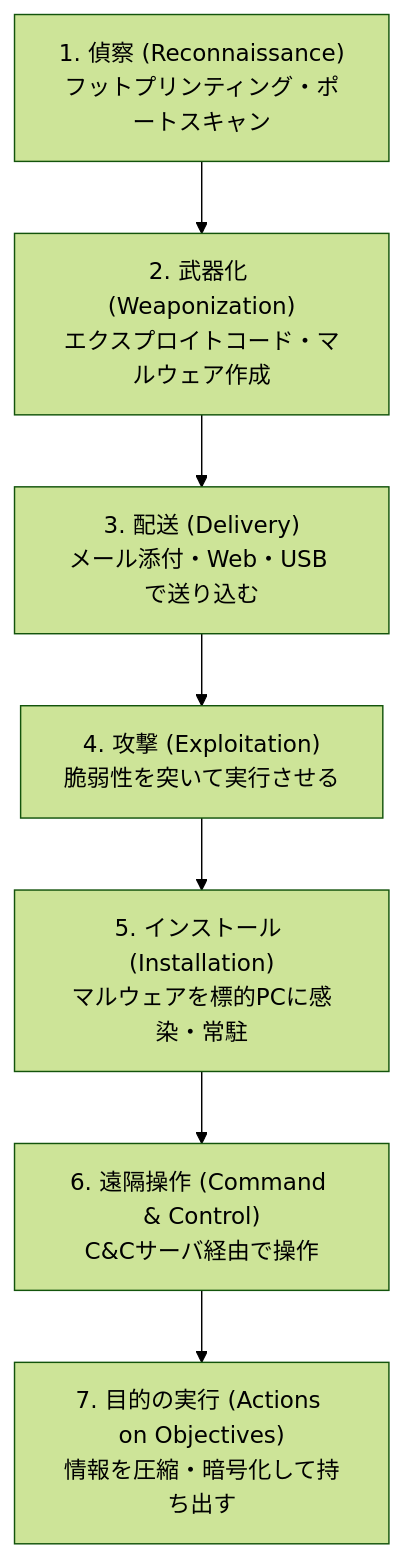
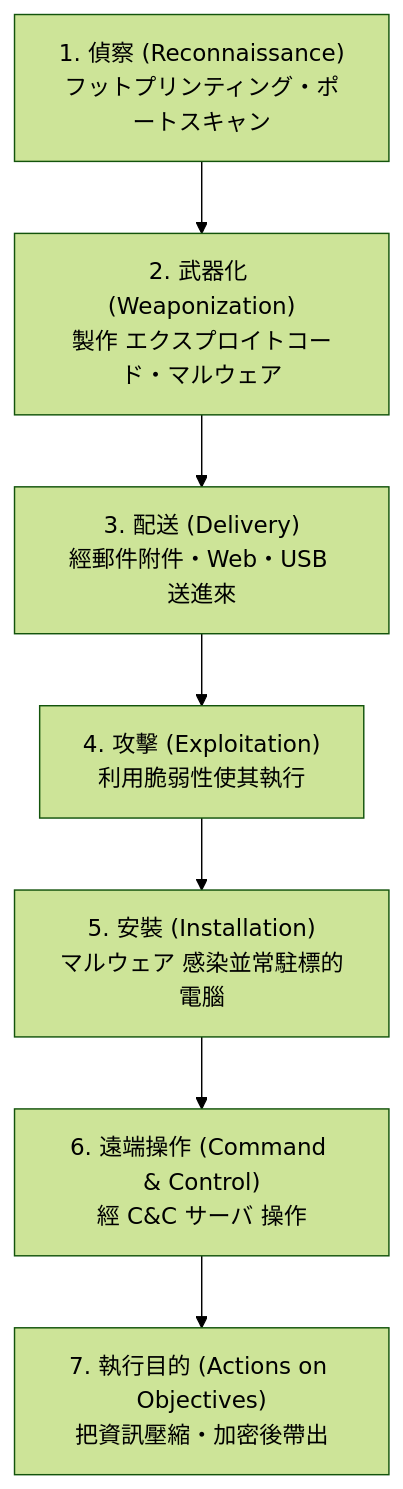
One commit to hakudevtw/cert_jp_sg changed the diagram in sg-vocab/ch1-サイバー攻撃手法/1-4-不正アクセス・盗聴.md. Above: the diagram before and after it, drawn with Mermaid (forest theme). The commit also changed other lines of this file and 29 other files, not shown here.

````diff
--- a/sg-vocab/ch1-サイバー攻撃手法/1-4-不正アクセス・盗聴.md
+++ b/sg-vocab/ch1-サイバー攻撃手法/1-4-不正アクセス・盗聴.md
@@ -80,9 +192,9 @@
 ```mermaid
 graph TD
-  A["1. 偵察 (Reconnaissance)<br/>フットプリンティング・ポートスキャン"] --> B["2. 武器化 (Weaponization)<br/>エクスプロイトコード・マルウェア作成"]
-  B --> C["3. 配送 (Delivery)<br/>メール添付・Web・USB で送り込む"]
-  C --> D["4. 攻撃 (Exploitation)<br/>脆弱性を突いて実行させる"]
-  D --> E["5. インストール (Installation)<br/>マルウェアを標的PCに感染・常駐"]
-  E --> F["6. 遠隔操作 (Command & Control)<br/>C&Cサーバ経由で操作"]
-  F --> G["7. 目的の実行 (Actions on Objectives)<br/>情報を圧縮・暗号化して持ち出す"]
+  A["1. 偵察 (Reconnaissance)<br/>フットプリンティング・ポートスキャン"] --> B["2. 武器化 (Weaponization)<br/>製作 エクスプロイトコード・マルウェア"]
+  B --> C["3. 配送 (Delivery)<br/>經郵件附件・Web・USB 送進來"]
+  C --> D["4. 攻擊 (Exploitation)<br/>利用脆弱性使其執行"]
+  D --> E["5. 安裝 (Installation)<br/>マルウェア 感染並常駐標的電腦"]
+  E --> F["6. 遠端操作 (Command & Control)<br/>經 C&C サーバ 操作"]
+  F --> G["7. 執行目的 (Actions on Objectives)<br/>把資訊壓縮・加密後帶出"]
 ```
````
